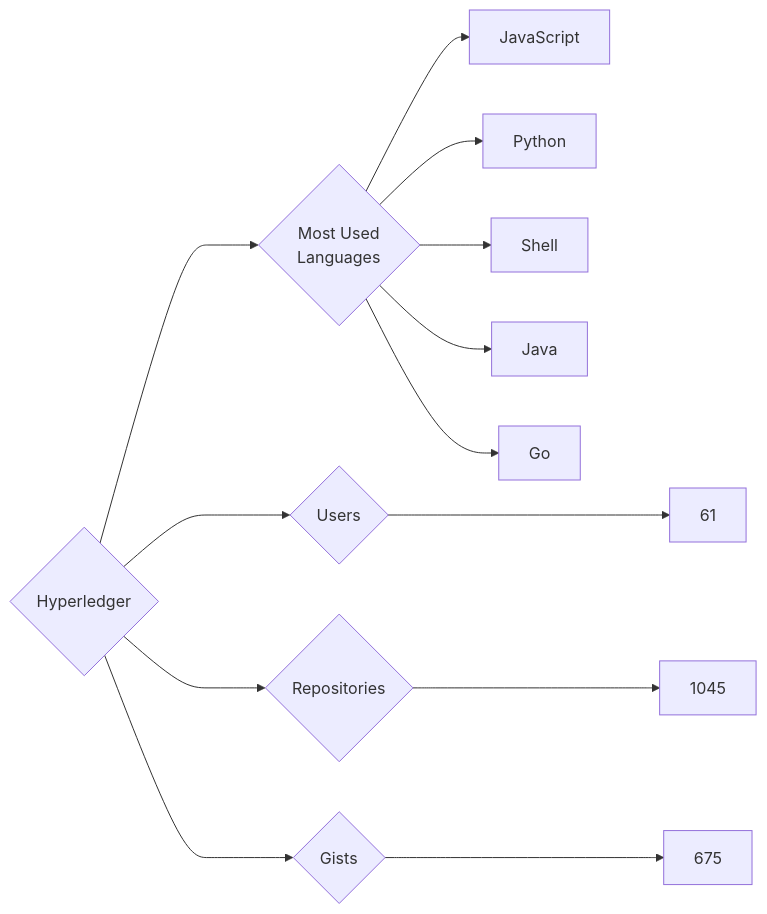
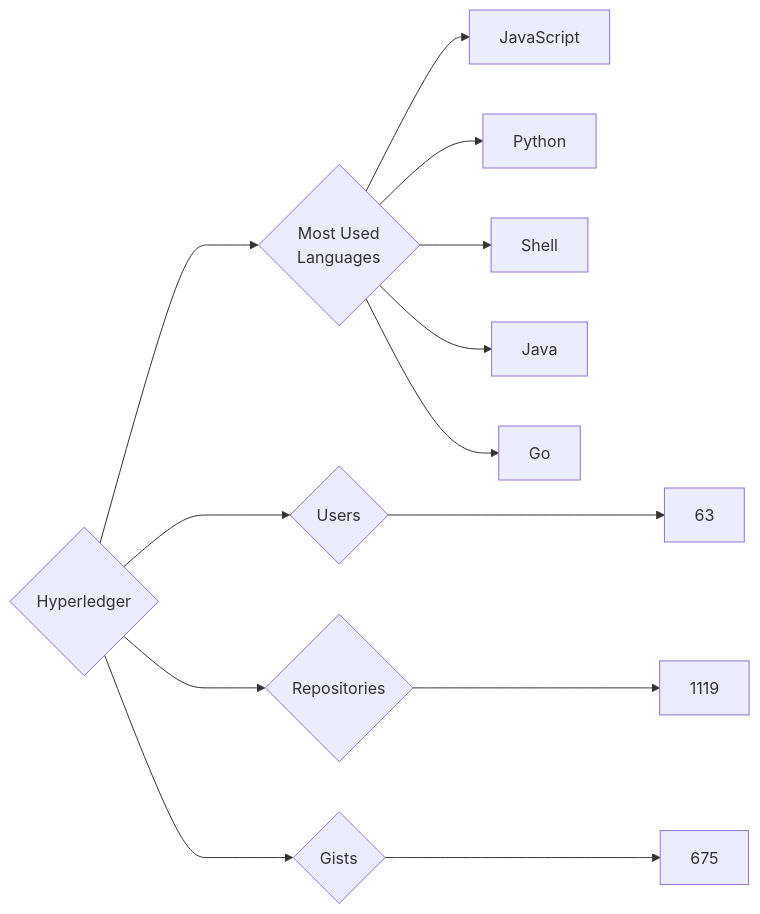
The diagram in targets/Hyperledger/README.md (trickest/insiders), drawn with Mermaid before and after one commit. The commit also changed 639 other files, not shown here.

````diff
--- a/targets/Hyperledger/README.md
+++ b/targets/Hyperledger/README.md
@@ -3,13 +3,13 @@
 ```mermaid
 graph LR
 COMPANY_NAME{Hyperledger}
-COMPANY_NAME ---> U{Users} ---> UN[61]
-COMPANY_NAME ---> R{Repositories} ---> RN[1045]
+COMPANY_NAME ---> U{Users} ---> UN[63]
+COMPANY_NAME ---> R{Repositories} ---> RN[1119]
 COMPANY_NAME ---> G{Gists} ---> GN[675]
 COMPANY_NAME ---> ML{Most Used<br>Languages}
 ML --> JavaScript[JavaScript]
 ML --> Python[Python]
 ML --> Shell[Shell]
 ML --> Java[Java]
 ML --> Go[Go]
 ```
````
